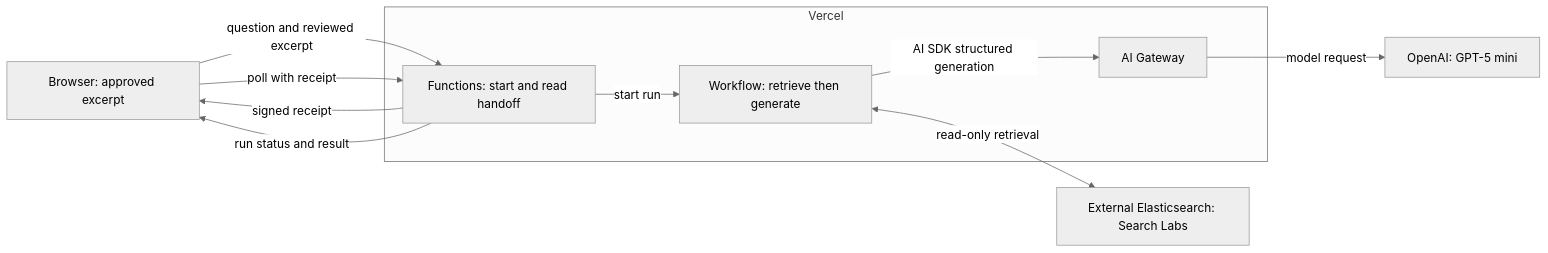
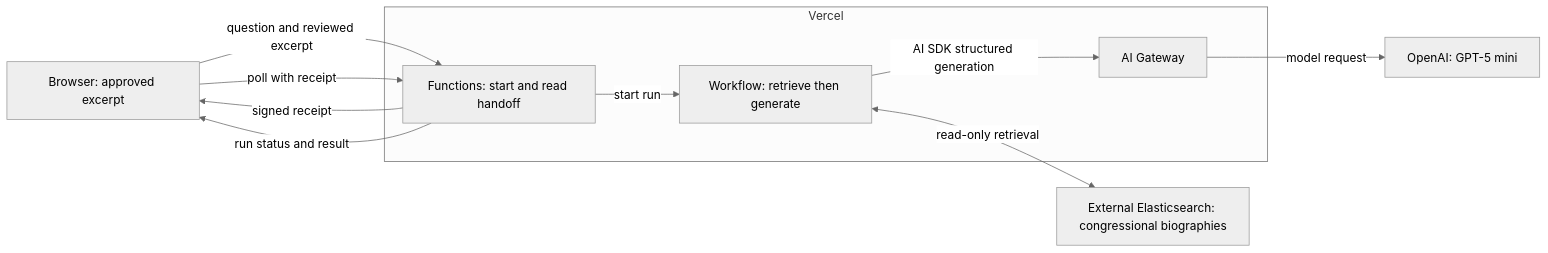
The second of 2 diagrams in architecture.md (matthecarl/FedFlow), drawn with Mermaid (neutral theme) before and after one commit. The commit also changed other lines of this file and 15 other files, not shown here.

````diff
--- a/architecture.md
+++ b/architecture.md
@@ -32,19 +32,19 @@
 ```mermaid
 flowchart LR
   Browser[Browser: approved excerpt]
-  Elastic[External Elasticsearch: Search Labs]
+  Elastic[External Elasticsearch: congressional biographies]
   DraftModel[OpenAI: GPT-5 mini]
   subgraph Vercel
     API[Functions: start and read handoff]
     Workflow[Workflow: retrieve then generate]
     Gateway[AI Gateway]
   end
   Browser -->|question and reviewed excerpt| API
   API -->|start run| Workflow
   API -->|signed receipt| Browser
   Workflow <-->|read-only retrieval| Elastic
   Workflow -->|AI SDK structured generation| Gateway
   Gateway -->|model request| DraftModel
   Browser -->|poll with receipt| API
   API -->|run status and result| Browser
 ```
````
